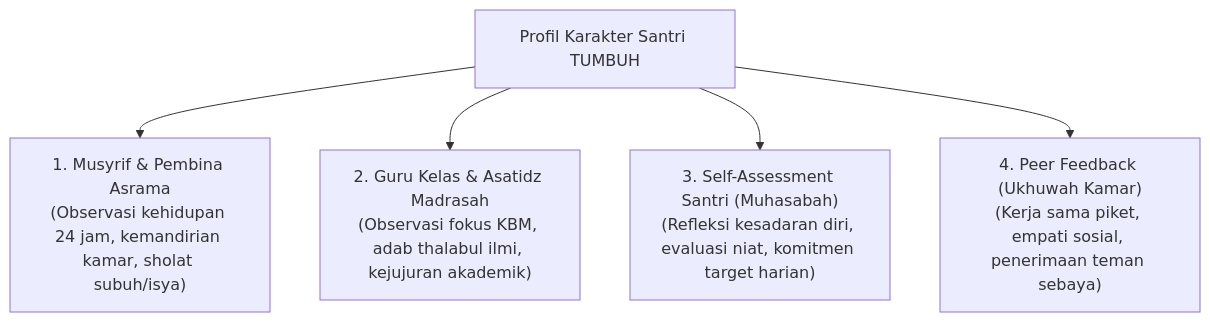
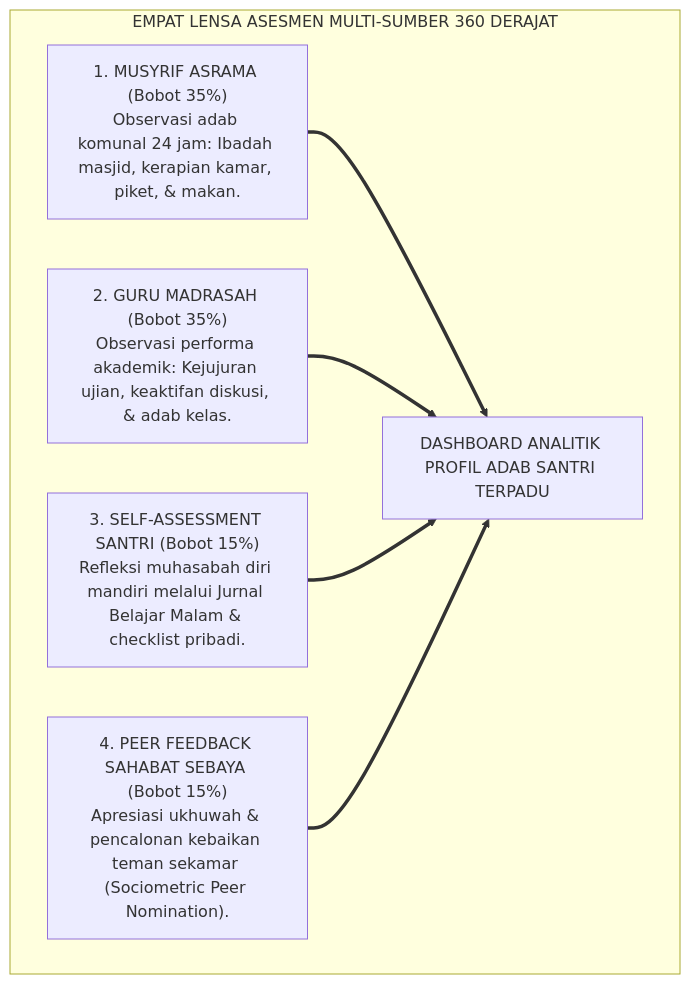
The third of 7 diagrams in 02 Principles/05 Assessment Principles/P2-05-03-Prinsip-Triangulasi-Data-Multi-Sumber.md (wandiapriliyandi/tumbuh), drawn with Mermaid before and after one commit. The commit also changed other lines of this file and 42 other files, not shown here.

````diff
--- a/02 Principles/05 Assessment Principles/P2-05-03-Prinsip-Triangulasi-Data-Multi-Sumber.md
+++ b/02 Principles/05 Assessment Principles/P2-05-03-Prinsip-Triangulasi-Data-Multi-Sumber.md
@@ -10,9 +107,16 @@
 ```mermaid
 graph TD
-    Santri["Profil Karakter Santri TUMBUH"]
-    
-    Santri --> S1["1. Musyrif & Pembina Asrama<br/>(Observasi kehidupan 24 jam, kemandirian kamar, sholat subuh/isya)"]
-    Santri --> S2["2. Guru Kelas & Asatidz Madrasah<br/>(Observasi fokus KBM, adab thalabul ilmi, kejujuran akademik)"]
-    Santri --> S3["3. Self-Assessment Santri (Muhasabah)<br/>(Refleksi kesadaran diri, evaluasi niat, komitmen target harian)"]
-    Santri --> S4["4. Peer Feedback (Ukhuwah Kamar)<br/>(Kerja sama piket, empati sosial, penerimaan teman sebaya)"]
+    subgraph EmpatLensaAsesmen360TUMBUH["EMPAT LENSA ASESMEN MULTI-SUMBER 360 DERAJAT"]
+        Lensa1["1. MUSYRIF ASRAMA (Bobot 35%)<br/>Observasi adab komunal 24 jam: Ibadah masjid, kerapian kamar, piket, & makan."]
+        
+        Lensa2["2. GURU MADRASAH (Bobot 35%)<br/>Observasi performa akademik: Kejujuran ujian, keaktifan diskusi, & adab kelas."]
+        
+        Lensa3["3. SELF-ASSESSMENT SANTRI (Bobot 15%)<br/>Refleksi muhasabah diri mandiri melalui Jurnal Belajar Malam & checklist pribadi."]
+        
+        Lensa4["4. PEER FEEDBACK SAHABAT SEBAYA (Bobot 15%)<br/>Apresiasi ukhuwah & pencalonan kebaikan teman sekamar (Sociometric Peer Nomination)."]
+        
+        PusatData["DASHBOARD ANALITIK PROFIL ADAB SANTRI TERPADU"]
+        
+        Lensa1 & Lensa2 & Lensa3 & Lensa4 ==> PusatData
+    end
 ```
````
